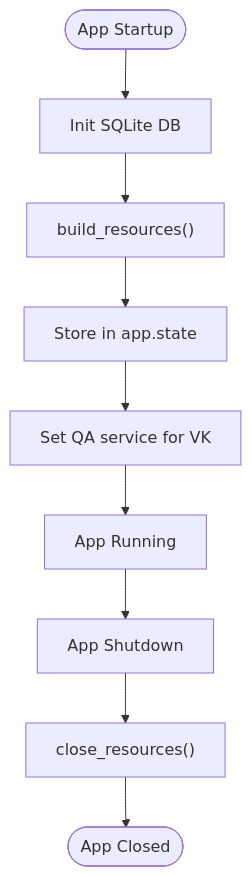
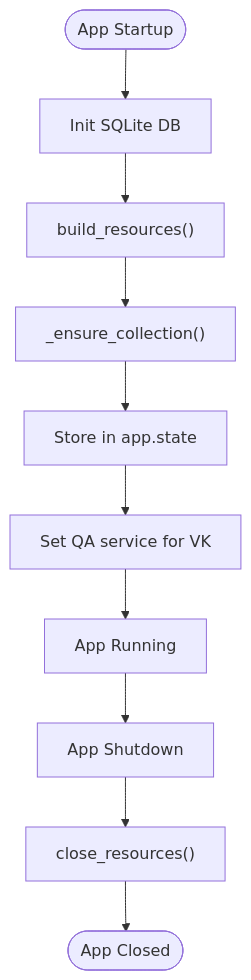
One commit to ognelis/cafetera_hr_bot changed the fourth of 7 diagrams in .qoder/repowiki/en/content/API Reference/Resource Management System.md. Above: the diagram before and after it, drawn with Mermaid. The commit also changed other lines of this file and 9 other files, not shown here.

````diff
--- a/.qoder/repowiki/en/content/API Reference/Resource Management System.md
+++ b/.qoder/repowiki/en/content/API Reference/Resource Management System.md
@@ -213,11 +257,12 @@
 ```mermaid
 flowchart TD
 Start([App Startup]) --> InitDB["Init SQLite DB"]
 InitDB --> BuildRes["build_resources()"]
-BuildRes --> StoreState["Store in app.state"]
+BuildRes --> EnsureColl["_ensure_collection()"]
+EnsureColl --> StoreState["Store in app.state"]
 StoreState --> VKHandlers["Set QA service for VK"]
 VKHandlers --> Running["App Running"]
 Running --> Shutdown["App Shutdown"]
 Shutdown --> CloseRes["close_resources()"]
 CloseRes --> End([App Closed])
 ```
````
